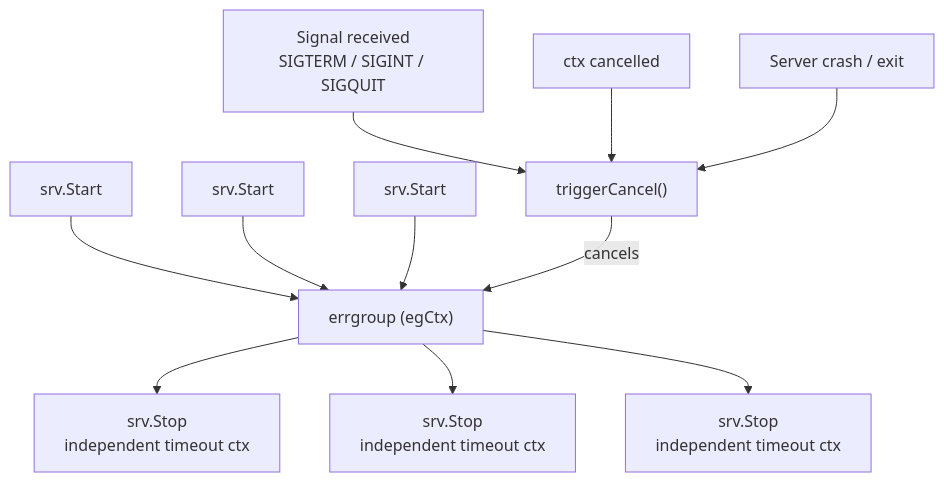
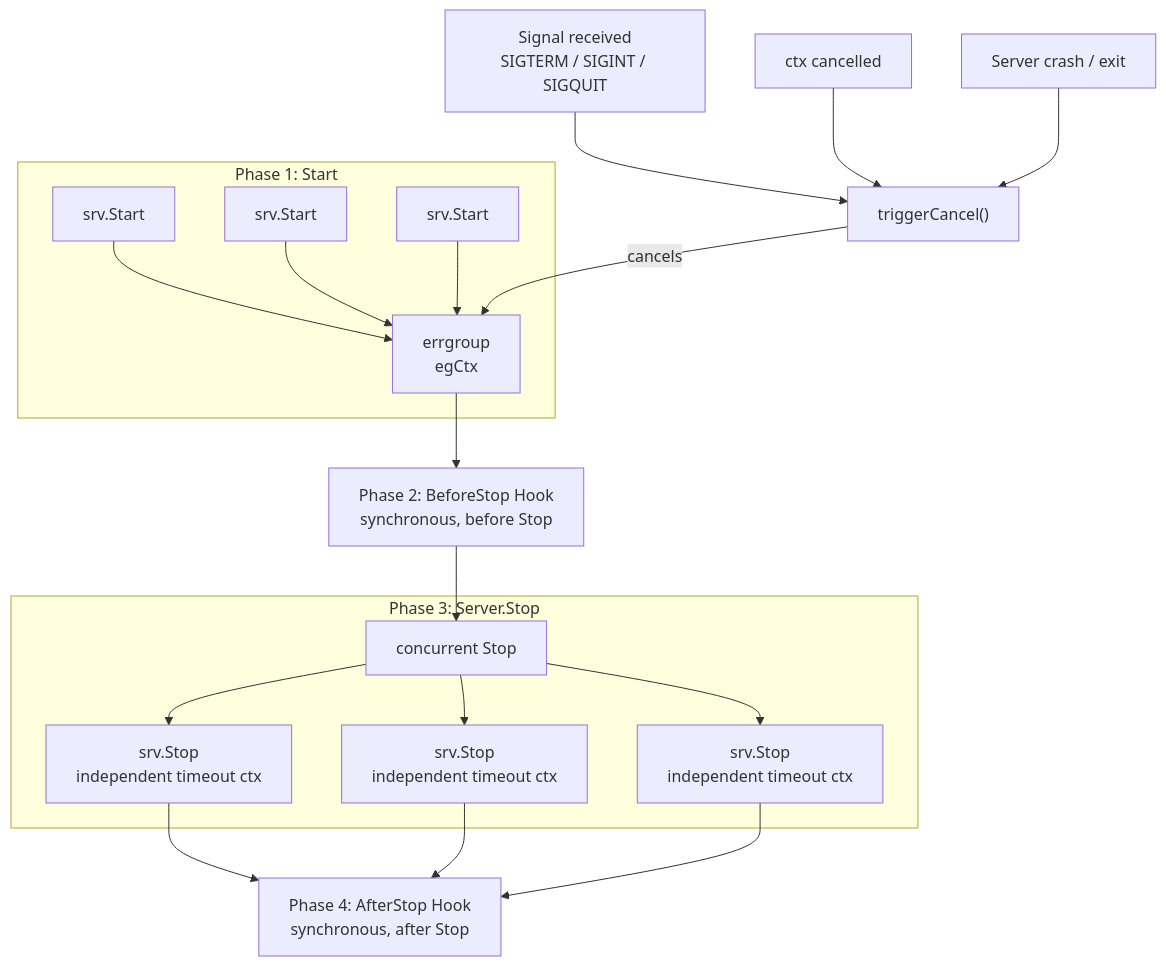
The second of 2 diagrams in README_en.md (tx7do/go-wind), drawn with Mermaid before and after one commit. The commit also changed other lines of this file and 19 other files, not shown here.

````diff
--- a/README_en.md
+++ b/README_en.md
@@ -224,17 +215,28 @@
 ```mermaid
 graph TB
-    S1["srv.Start"] --> EG
-    S2["srv.Start"] --> EG
-    S3["srv.Start"] --> EG
-    EG["errgroup (egCtx)"]
+    subgraph Phase 1: Start
+        S1["srv.Start"] --> EG
+        S2["srv.Start"] --> EG
+        S3["srv.Start"] --> EG
+    end
 
     SIG["Signal received<br/>SIGTERM / SIGINT / SIGQUIT"] --> TC
     CTX["ctx cancelled"] --> TC
     CRASH["Server crash / exit"] --> TC
 
-    TC["triggerCancel()"] -->|"cancels"| EG
+    TC["triggerCancel()"] -->|"cancels"| EG["errgroup<br/>egCtx"]
 
-    EG --> Stop1["srv.Stop<br/>independent timeout ctx"]
-    EG --> Stop2["srv.Stop<br/>independent timeout ctx"]
-    EG --> Stop3["srv.Stop<br/>independent timeout ctx"]
+    EG --> P2["Phase 2: BeforeStop Hook<br/>synchronous, before Stop"]
+    P2 --> P3
+
+    subgraph Phase 3: Server.Stop
+        P3["concurrent Stop"]
+        P3 --> Stop1["srv.Stop<br/>independent timeout ctx"]
+        P3 --> Stop2["srv.Stop<br/>independent timeout ctx"]
+        P3 --> Stop3["srv.Stop<br/>independent timeout ctx"]
+    end
+
+    Stop1 --> P4["Phase 4: AfterStop Hook<br/>synchronous, after Stop"]
+    Stop2 --> P4
+    Stop3 --> P4
 ```
````
